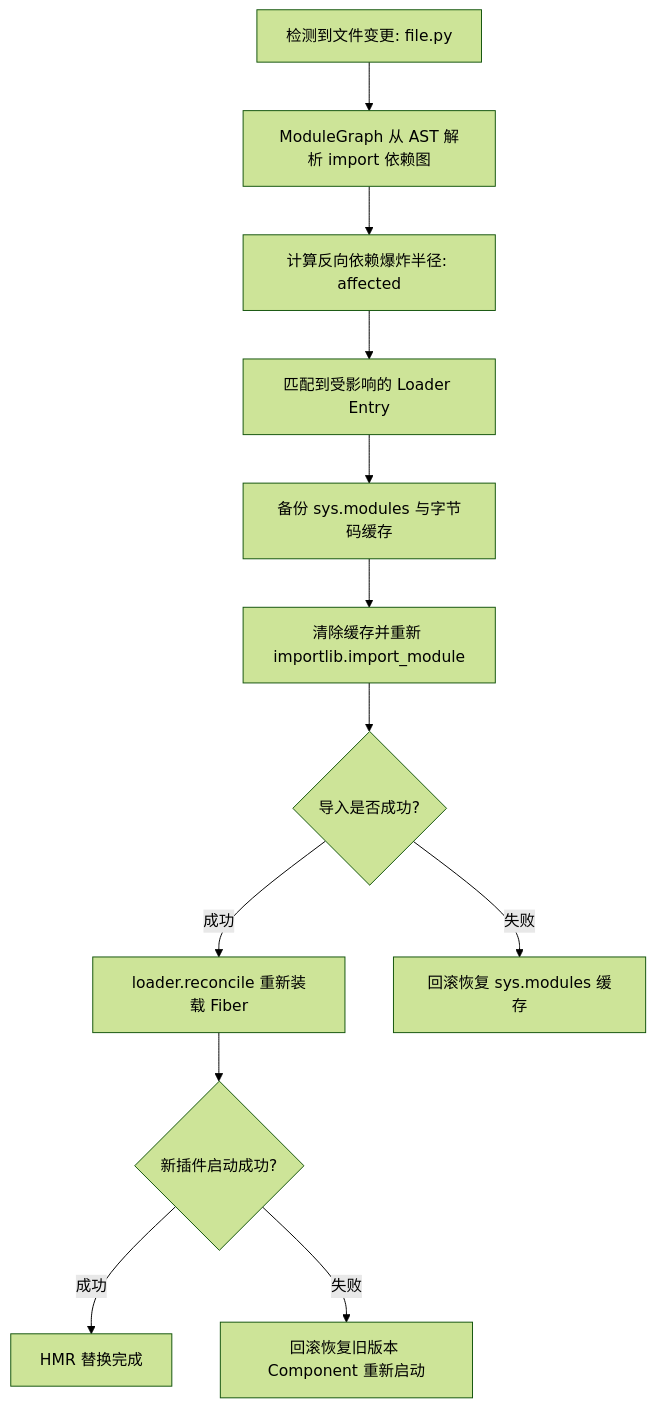
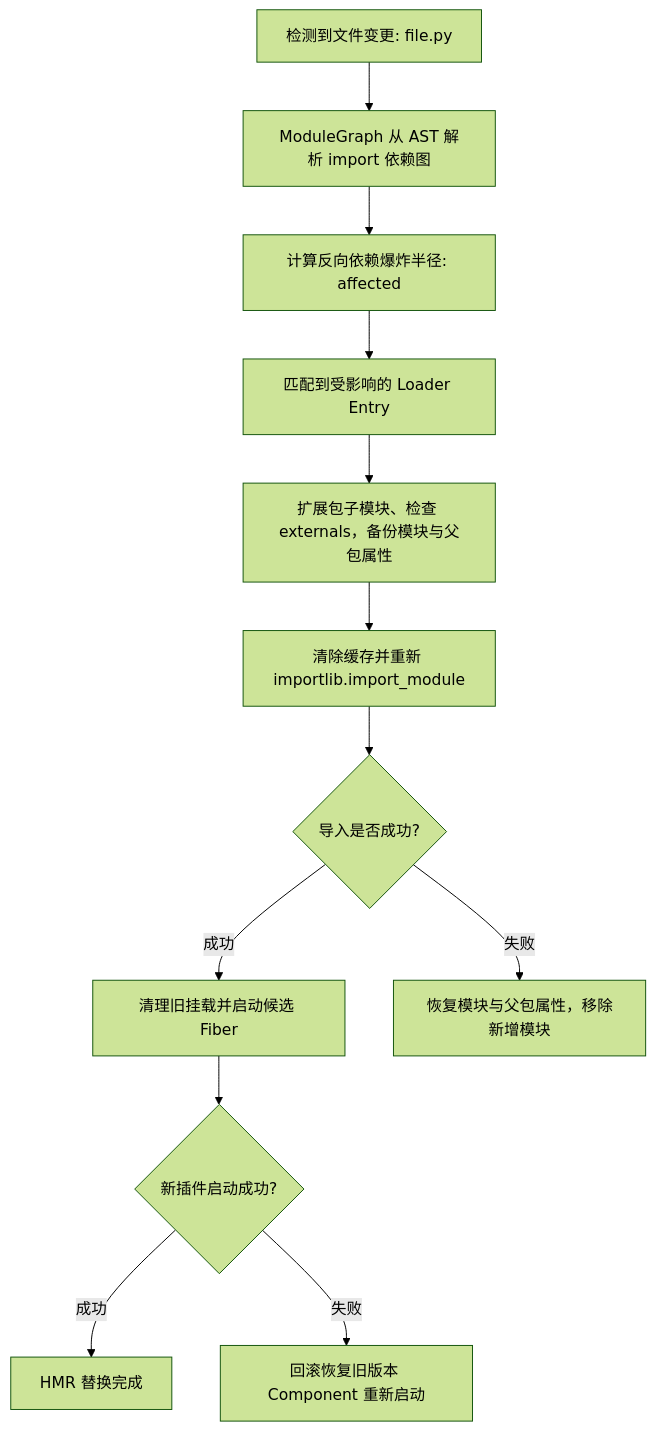
One commit to zxrneu/cordis changed the fifth of 8 diagrams in python/docs/internals-walkthrough.md. Above: the diagram before and after it, drawn with Mermaid (forest theme). The commit also changed other lines of this file and 22 other files, not shown here.

````diff
--- a/python/docs/internals-walkthrough.md
+++ b/python/docs/internals-walkthrough.md
@@ -653,16 +478,16 @@
 ```mermaid
 flowchart TD
     FileChange[检测到文件变更: file.py] --> Graph[ModuleGraph 从 AST 解析 import 依赖图]
     Graph --> Affected[计算反向依赖爆炸半径: affected]
     Affected --> MatchEntry[匹配到受影响的 Loader Entry]
-    MatchEntry --> Backup[备份 sys.modules 与字节码缓存]
+    MatchEntry --> Backup[扩展包子模块、检查 externals，备份模块与父包属性]
     Backup --> ReloadModule[清除缓存并重新 importlib.import_module]
 
     ReloadModule --> Success{导入是否成功?}
-    Success -- 成功 --> Reconcile[loader.reconcile 重新装载 Fiber]
-    Success -- 失败 --> RollbackMod[回滚恢复 sys.modules 缓存]
+    Success -- 成功 --> Reconcile[清理旧挂载并启动候选 Fiber]
+    Success -- 失败 --> RollbackMod[恢复模块与父包属性，移除新增模块]
 
     Reconcile --> StartSuccess{新插件启动成功?}
     StartSuccess -- 成功 --> Commit[HMR 替换完成]
     StartSuccess -- 失败 --> RollbackFib[回滚恢复旧版本 Component 重新启动]
 ```
````
